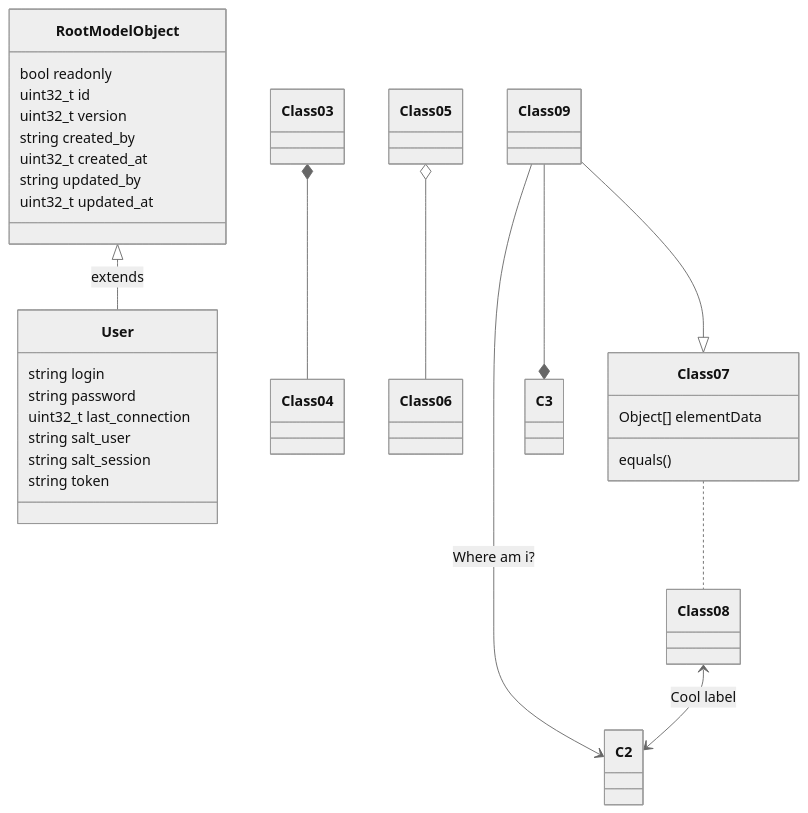
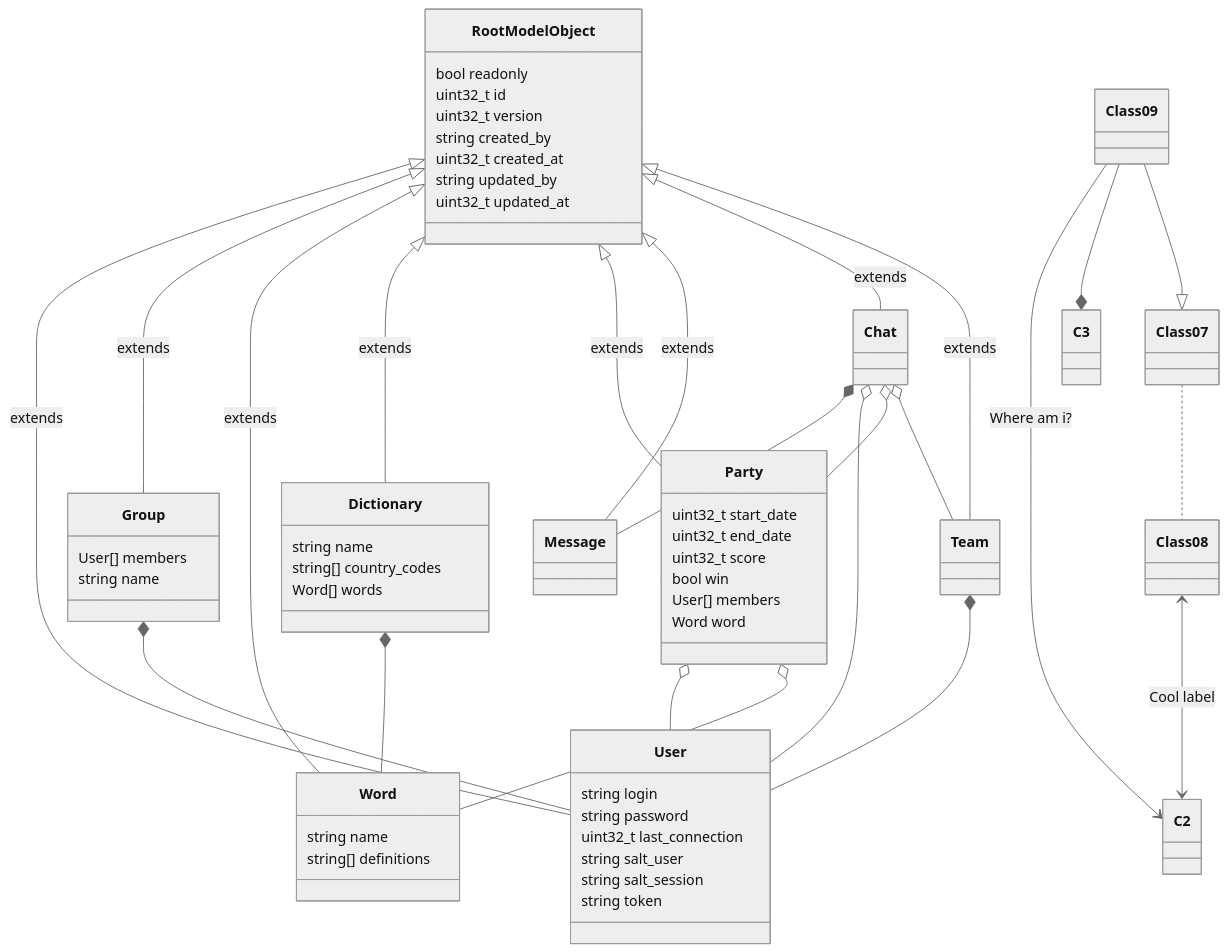
One commit to MGuillaumeF/hangman-game changed the diagram in wiki/dev-rules.md. Above: the diagram before and after it, drawn with Mermaid (neutral theme).

````diff
--- a/wiki/dev-rules.md
+++ b/wiki/dev-rules.md
@@ -57,27 +57,52 @@
 ```mermaid
 classDiagram
 RootModelObject <|-- User : extends
-Class03 *-- Class04
-Class05 o-- Class06
+RootModelObject <|-- Group : extends
+RootModelObject <|-- Word : extends
+RootModelObject <|-- Dictionary : extends
+RootModelObject <|-- Party : extends
+RootModelObject <|-- Message : extends
+RootModelObject <|-- Chat : extends
+RootModelObject <|-- Team : extends
+Chat *-- Message
+Chat o-- User
+Chat o-- Party
+Chat o-- Team
+Team *-- User
+Group *-- User
+Dictionary *-- Word
+Party o-- User
+Party o-- Word
 Class07 .. Class08
 Class09 --> C2 : Where am i?
 Class09 --* C3
 Class09 --|> Class07
-Class07 : equals()
-Class07 : Object[] elementData
 RootModelObject : bool readonly
 RootModelObject : uint32_t id
 RootModelObject : uint32_t version
 RootModelObject : string created_by
 RootModelObject : uint32_t created_at
 RootModelObject : string updated_by
 RootModelObject : uint32_t updated_at
 User : string login
 User : string password
 User : uint32_t last_connection
 User : string salt_user
 User : string salt_session
 User : string token
+Group : User[] members
+Group : string name
+Dictionary : string name
+Dictionary : string[] country_codes
+Dictionary : Word[] words
+Word : string name
+Word : string[] definitions
+Party : uint32_t start_date
+Party : uint32_t end_date
+Party : uint32_t score
+Party : bool win
+Party : User[] members
+Party : Word word
 Class08 <--> C2: Cool label
 
 ```
````
